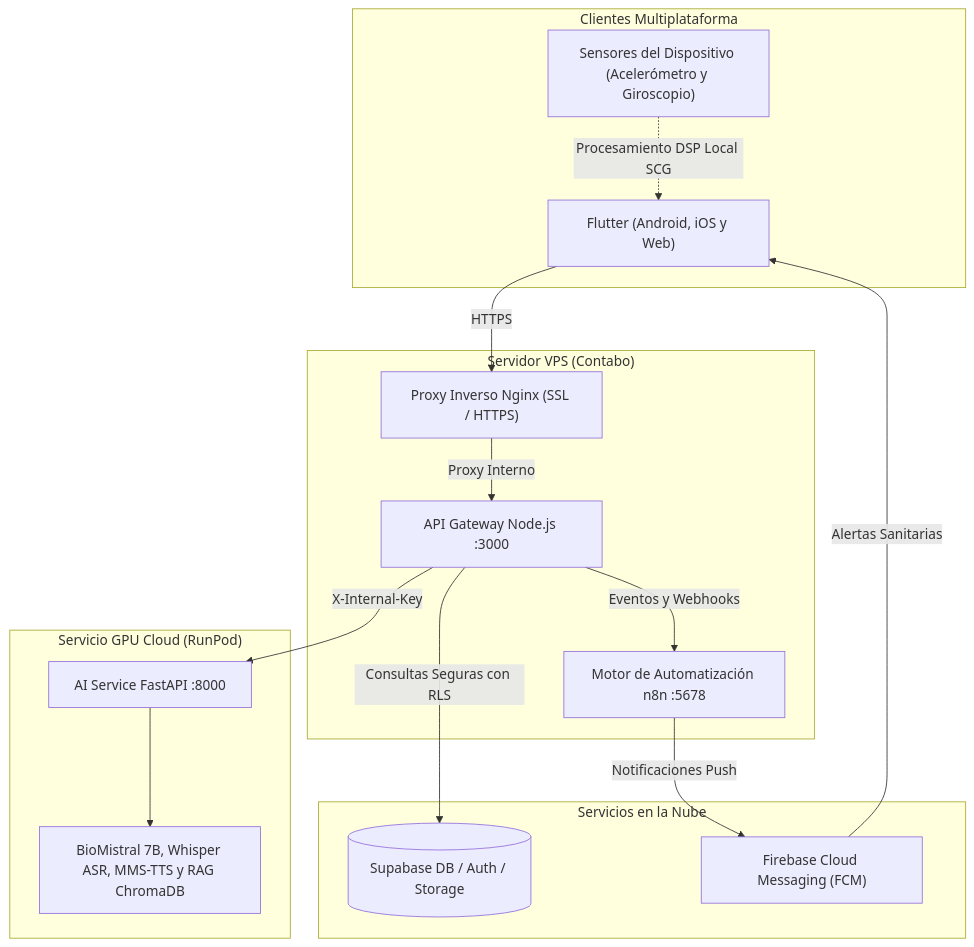
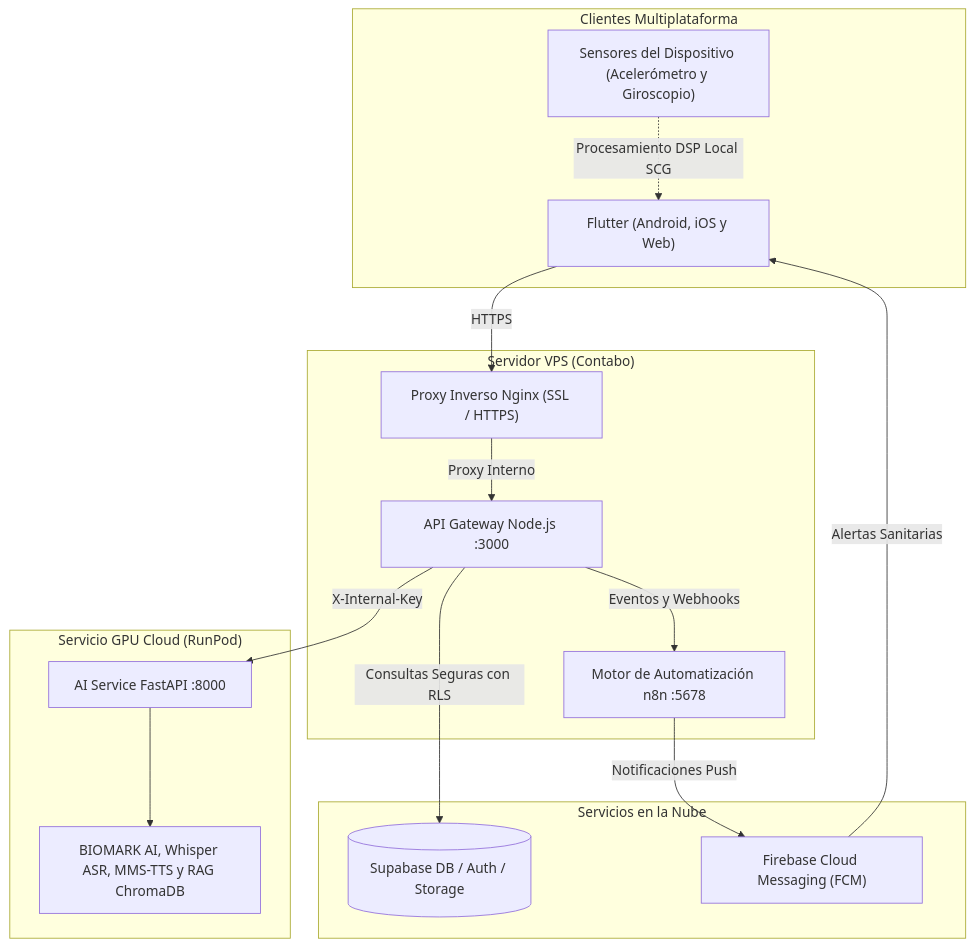
One commit to Ramon-Lop-Dev/Biomark-AI changed the diagram in README.md. Above: the diagram before and after it, drawn with Mermaid.

````diff
--- a/README.md
+++ b/README.md
@@ -13,33 +13,33 @@
 ```mermaid
 flowchart TD
   subgraph Clientes ["Clientes Multiplataforma"]
     F["Flutter (Android, iOS y Web)"]
     Sensors["Sensores del Dispositivo (Acelerómetro y Giroscopio)"]
   end
 
   subgraph ServidorVPS ["Servidor VPS (Contabo)"]
     Nginx["Proxy Inverso Nginx (SSL / HTTPS)"]
     Backend["API Gateway Node.js :3000"]
     N8N["Motor de Automatización n8n :5678"]
   end
 
   subgraph InferenciaIA ["Servicio GPU Cloud (RunPod)"]
     FastAPI["AI Service FastAPI :8000"]
-    Models["BioMistral 7B, Whisper ASR, MMS-TTS y RAG ChromaDB"]
+    Models["BIOMARK AI, Whisper ASR, MMS-TTS y RAG ChromaDB"]
   end
 
   subgraph ServiciosCloud ["Servicios en la Nube"]
     DB[("Supabase DB / Auth / Storage")]
     FCM["Firebase Cloud Messaging (FCM)"]
   end
 
   F -->|HTTPS| Nginx
   Sensors -.->|Procesamiento DSP Local SCG| F
   Nginx -->|Proxy Interno| Backend
   Backend -->|Consultas Seguras con RLS| DB
   Backend -->|X-Internal-Key| FastAPI
   FastAPI --> Models
   Backend -->|Eventos y Webhooks| N8N
   N8N -->|Notificaciones Push| FCM
   FCM -->|Alertas Sanitarias| F
 ```
````
